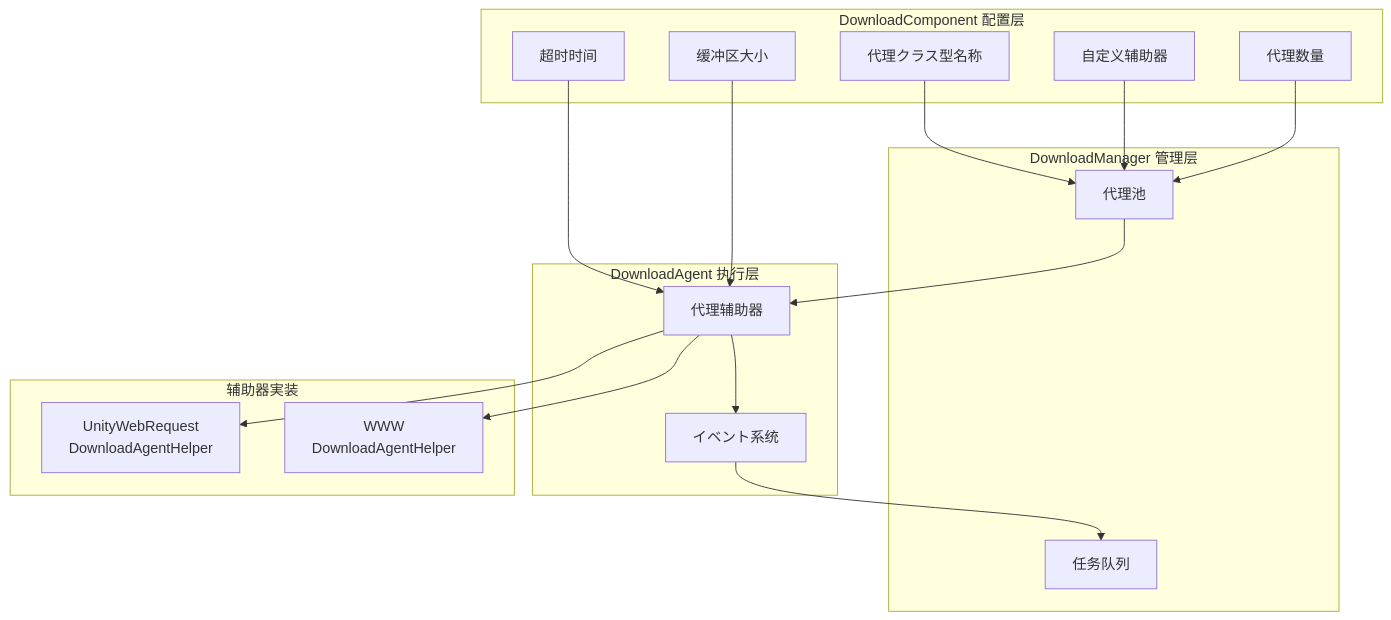
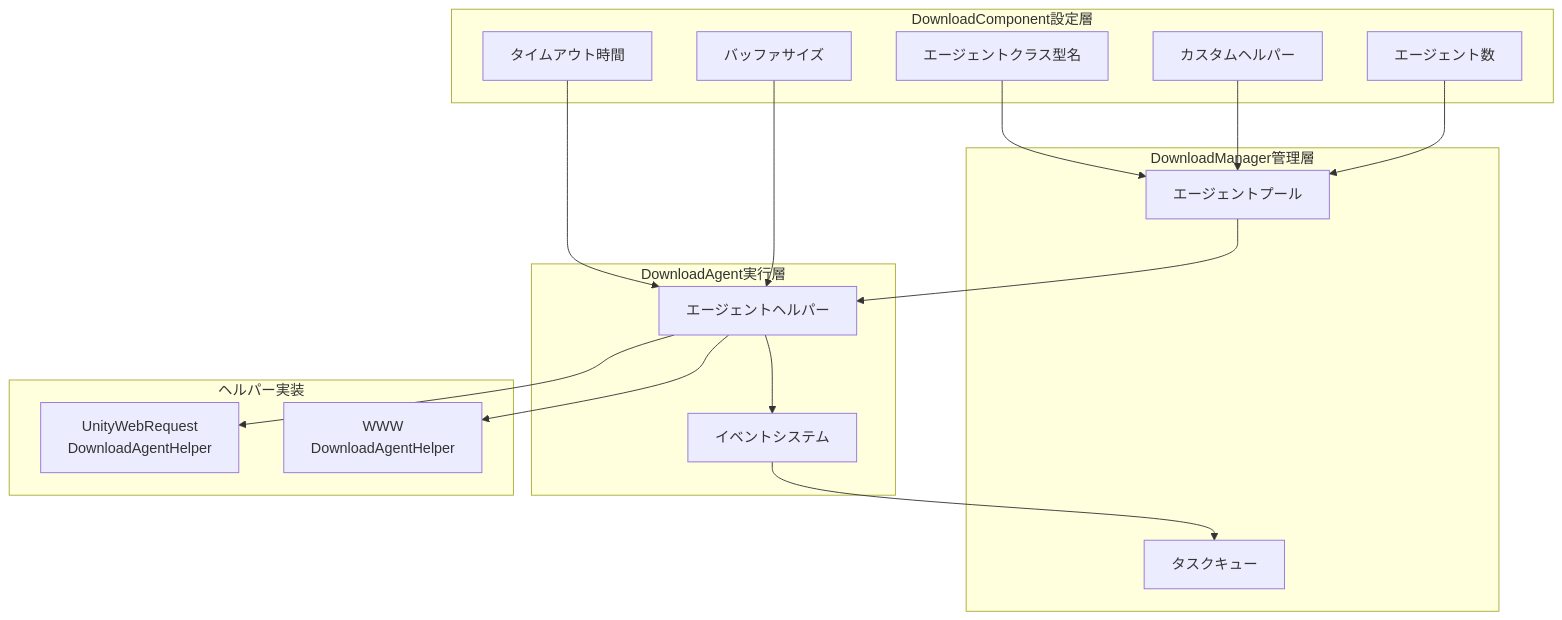
The diagram in docs/ja/client/unity/component/download/12.agent-configuration.md (AlianBlank/GameFrameX.Docs), drawn with Mermaid before and after one commit. The commit also changed other lines of this file and 320 other files, not shown here.

````diff
--- a/docs/ja/client/unity/component/download/12.agent-configuration.md
+++ b/docs/ja/client/unity/component/download/12.agent-configuration.md
@@ -170,37 +170,37 @@
 ```mermaid
 flowchart TD
-    subgraph DownloadComponent["DownloadComponent 配置层"]
-        Config1[代理クラス型名称]
-        Config2[自定义辅助器]
-        Config3[代理数量]
-        Config4[超时时间]
-        Config5[缓冲区大小]
+    subgraph DownloadComponent["DownloadComponent設定層"]
+        Config1[エージェントクラス型名]
+        Config2[カスタムヘルパー]
+        Config3[エージェント数]
+        Config4[タイムアウト時間]
+        Config5[バッファサイズ]
     end
 
-    subgraph Manager["DownloadManager 管理层"]
-        Pool[代理池]
-        Queue[任务队列]
+    subgraph Manager["DownloadManager管理層"]
+        Pool[エージェントプール]
+        Queue[タスクキュー]
     end
 
-    subgraph Agent["DownloadAgent 执行层"]
-        Helper[代理辅助器]
-        Events[イベント系统]
+    subgraph Agent["DownloadAgent実行層"]
+        Helper[エージェントヘルパー]
+        Events[イベントシステム]
     end
 
     Config1 --> Pool
     Config2 --> Pool
     Config3 --> Pool
     Config4 --> Helper
     Config5 --> Helper
     Pool --> Helper
     Helper --> Events
     Events --> Queue
-    
-    subgraph HelperImpl["辅助器実装"]
+
+    subgraph HelperImpl["ヘルパー実装"]
         UWR[UnityWebRequest<br/>DownloadAgentHelper]
         WWW[WWW<br/>DownloadAgentHelper]
     end
-    
+
     Helper --> UWR
     Helper --> WWW
 ```
````
